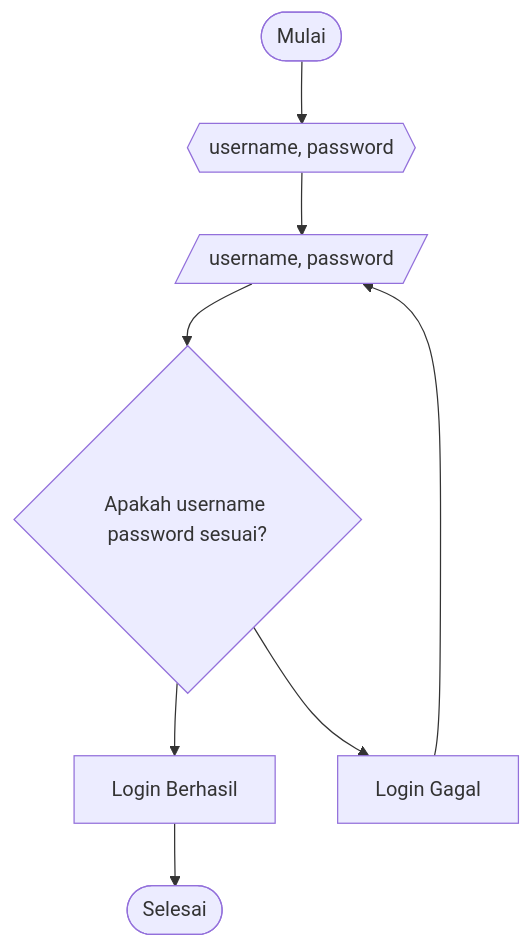
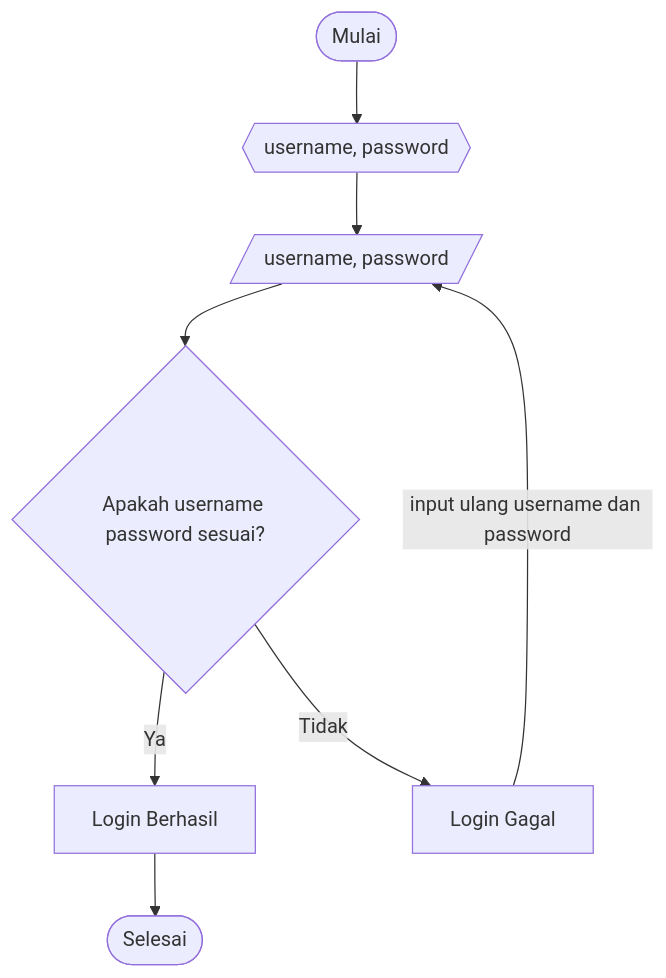
One commit to ValSyacy/latihan5 changed the second of 2 diagrams in readme.md. Above: the diagram before and after it, drawn with Mermaid. The commit also changed other lines of this file, not shown here.

Commit message:
latihan5

````diff
--- a/readme.md
+++ b/readme.md
@@ -16,10 +16,10 @@
 ```mermaid
 flowchart TD;
     A([Mulai]) --> B{{username, password}}
     B --> C[/username, password/]
     C --> D{Apakah username password sesuai?}
-    D --> E[Login Berhasil]
-    D --> F[Login Gagal]
+    D -->|Ya| E[Login Berhasil]
+    D -->|Tidak| F[Login Gagal]
     E --> G([Selesai])
-    F --> C
+    F -->|input ulang username dan password|C
 ```
````
